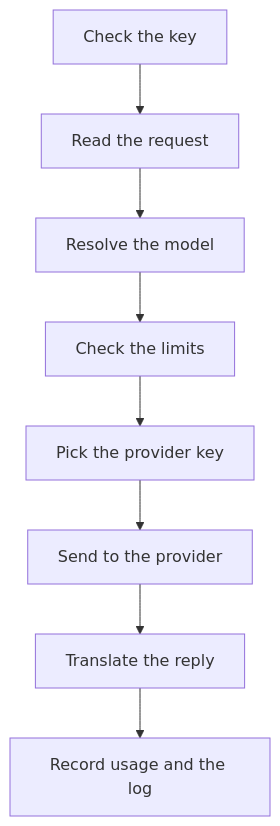
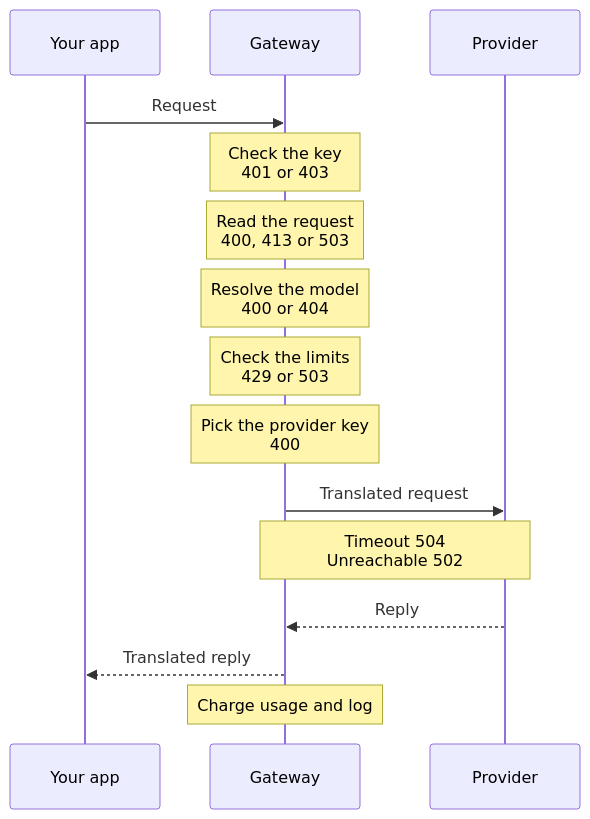
One commit to logicplanes/kaeso changed the diagram in apps/docs/content/en/concepts/request-flow.md. Above: the diagram before and after it, drawn with Mermaid. The commit also changed other lines of this file and 59 other files, not shown here.

First line of the commit message:
Redraw the introduction's and concept pages' diagrams so each tells its story at a glance

````diff
--- a/apps/docs/content/en/concepts/request-flow.md
+++ b/apps/docs/content/en/concepts/request-flow.md
@@ -9,12 +9,19 @@
 ```mermaid
-flowchart TD
+sequenceDiagram
   accTitle: Request flow
-  accDescr: The gateway checks the key, reads the request, resolves the model, checks the limits and picks the provider key. It then sends the request to the provider, translates the reply into the app's format, and records usage and the request log.
-  key[Check the key] --> request[Read the request]
-  request --> model[Resolve the model]
-  model --> limits[Check the limits]
-  limits --> pkey[Pick the provider key]
-  pkey --> send[Send to the provider]
-  send --> reply[Translate the reply]
-  reply --> log[Record usage and the log]
+  accDescr: The app sends a request to the gateway. The gateway checks the key, reads the request, resolves the model, checks the limits and picks the provider key, and each check can refuse the request with the statuses shown. It sends the translated request to the provider, returns the translated reply to the app, and then charges usage and logs the request.
+  participant App as Your app
+  participant Gateway
+  participant Provider
+  App->>Gateway: Request
+  Note over Gateway: Check the key<br>401 or 403
+  Note over Gateway: Read the request<br>400, 413 or 503
+  Note over Gateway: Resolve the model<br>400 or 404
+  Note over Gateway: Check the limits<br>429 or 503
+  Note over Gateway: Pick the provider key<br>400
+  Gateway->>Provider: Translated request
+  Note over Gateway,Provider: Timeout 504<br>Unreachable 502
+  Provider-->>Gateway: Reply
+  Gateway-->>App: Translated reply
+  Note over Gateway: Charge usage and log
 ```
````
